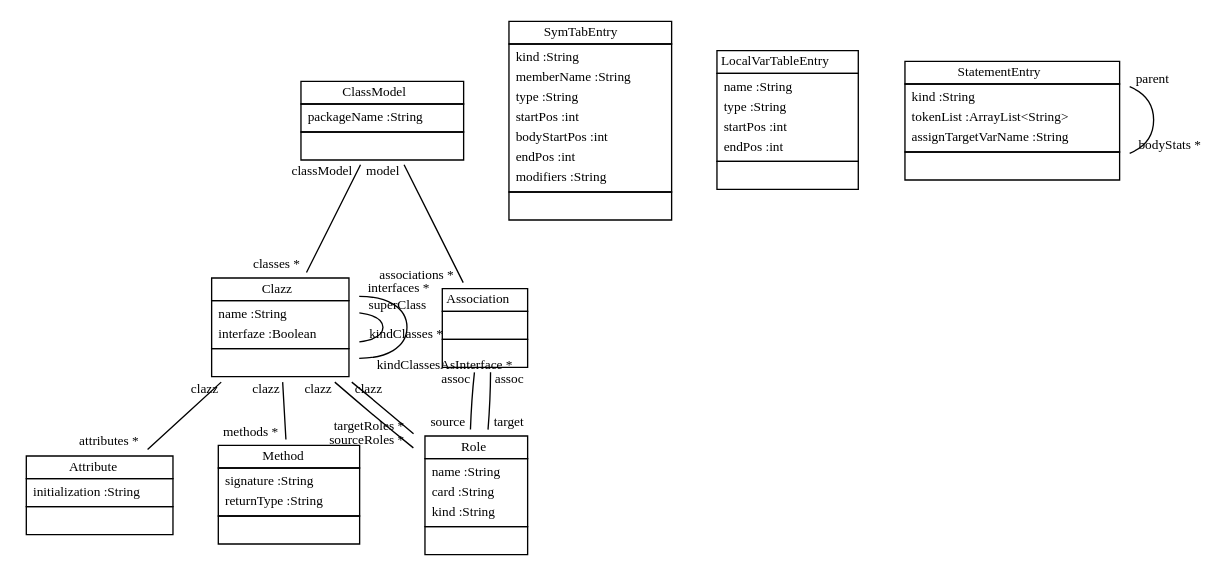
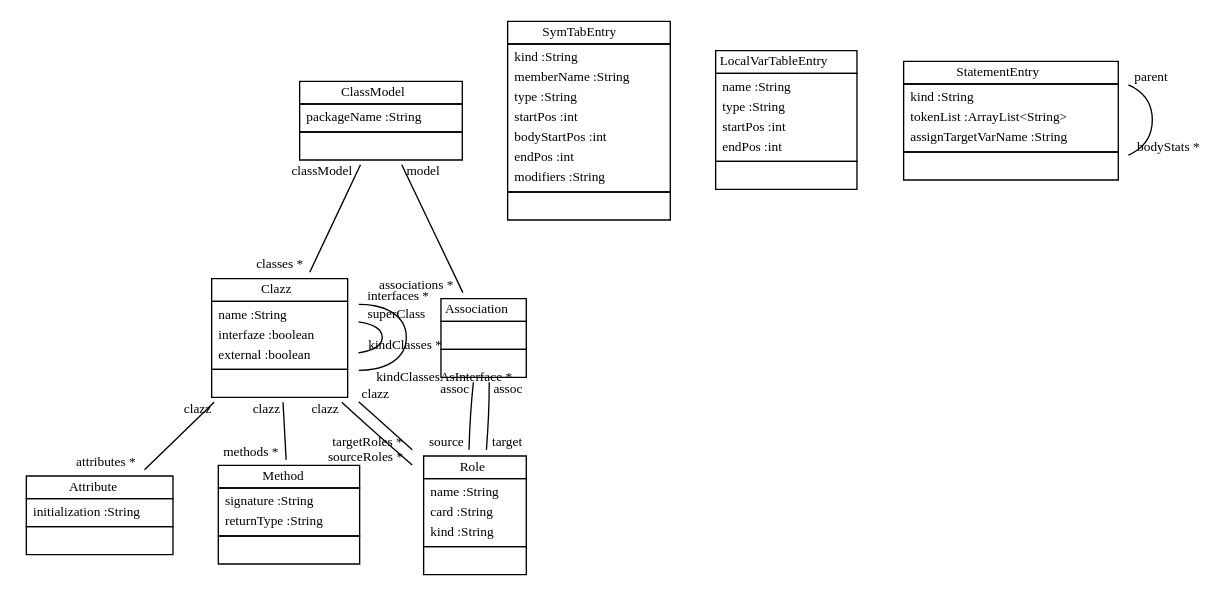
Before and after one commit to fujaba/SDMLib: the diagram in doc/ClassModelClasses01.dot, drawn with Graphviz. The commit also changed 41 other files, not shown here.

```diff
--- a/doc/ClassModelClasses01.dot
+++ b/doc/ClassModelClasses01.dot
@@ -1,30 +1,30 @@
 
  digraph ClassDiagram {
     node [shape = none, fontsize = 10]; 
     edge [fontsize = 10];
     
     
     _ClassModel [label=<<table border='0' cellborder='1' cellspacing='0'> <tr> <td>ClassModel</td> </tr> <tr><td><table border='0' cellborder='0' cellspacing='0'> <tr><td align='left'>packageName :String</td></tr>  </table></td></tr> <tr><td><table border='0' cellborder='0' cellspacing='0'> <tr><td> </td></tr> </table></td></tr> </table>>];
-    _Clazz [label=<<table border='0' cellborder='1' cellspacing='0'> <tr> <td>Clazz</td> </tr> <tr><td><table border='0' cellborder='0' cellspacing='0'> <tr><td align='left'>name :String</td></tr> <tr><td align='left'>interfaze :Boolean</td></tr>  </table></td></tr> <tr><td><table border='0' cellborder='0' cellspacing='0'> <tr><td> </td></tr> </table></td></tr> </table>>];
+    _Clazz [label=<<table border='0' cellborder='1' cellspacing='0'> <tr> <td>Clazz</td> </tr> <tr><td><table border='0' cellborder='0' cellspacing='0'> <tr><td align='left'>name :String</td></tr> <tr><td align='left'>interfaze :boolean</td></tr> <tr><td align='left'>external :boolean</td></tr>  </table></td></tr> <tr><td><table border='0' cellborder='0' cellspacing='0'> <tr><td> </td></tr> </table></td></tr> </table>>];
     _Attribute [label=<<table border='0' cellborder='1' cellspacing='0'> <tr> <td>Attribute</td> </tr> <tr><td><table border='0' cellborder='0' cellspacing='0'> <tr><td align='left'>initialization :String</td></tr>  </table></td></tr> <tr><td><table border='0' cellborder='0' cellspacing='0'> <tr><td> </td></tr> </table></td></tr> </table>>];
     _Method [label=<<table border='0' cellborder='1' cellspacing='0'> <tr> <td>Method</td> </tr> <tr><td><table border='0' cellborder='0' cellspacing='0'> <tr><td align='left'>signature :String</td></tr> <tr><td align='left'>returnType :String</td></tr>  </table></td></tr> <tr><td><table border='0' cellborder='0' cellspacing='0'> <tr><td> </td></tr> </table></td></tr> </table>>];
     _Association [label=<<table border='0' cellborder='1' cellspacing='0'> <tr> <td>Association</td> </tr> <tr><td><table border='0' cellborder='0' cellspacing='0'> <tr><td> </td></tr> </table></td></tr> <tr><td><table border='0' cellborder='0' cellspacing='0'> <tr><td> </td></tr> </table></td></tr> </table>>];
     _Role [label=<<table border='0' cellborder='1' cellspacing='0'> <tr> <td>Role</td> </tr> <tr><td><table border='0' cellborder='0' cellspacing='0'> <tr><td align='left'>name :String</td></tr> <tr><td align='left'>card :String</td></tr> <tr><td align='left'>kind :String</td></tr>  </table></td></tr> <tr><td><table border='0' cellborder='0' cellspacing='0'> <tr><td> </td></tr> </table></td></tr> </table>>];
     _SymTabEntry [label=<<table border='0' cellborder='1' cellspacing='0'> <tr> <td>SymTabEntry</td> </tr> <tr><td><table border='0' cellborder='0' cellspacing='0'> <tr><td align='left'>kind :String</td></tr> <tr><td align='left'>memberName :String</td></tr> <tr><td align='left'>type :String</td></tr> <tr><td align='left'>startPos :int</td></tr> <tr><td align='left'>bodyStartPos :int</td></tr> <tr><td align='left'>endPos :int</td></tr> <tr><td align='left'>modifiers :String</td></tr>  </table></td></tr> <tr><td><table border='0' cellborder='0' cellspacing='0'> <tr><td> </td></tr> </table></td></tr> </table>>];
     _LocalVarTableEntry [label=<<table border='0' cellborder='1' cellspacing='0'> <tr> <td>LocalVarTableEntry</td> </tr> <tr><td><table border='0' cellborder='0' cellspacing='0'> <tr><td align='left'>name :String</td></tr> <tr><td align='left'>type :String</td></tr> <tr><td align='left'>startPos :int</td></tr> <tr><td align='left'>endPos :int</td></tr>  </table></td></tr> <tr><td><table border='0' cellborder='0' cellspacing='0'> <tr><td> </td></tr> </table></td></tr> </table>>];
     _StatementEntry [label=<<table border='0' cellborder='1' cellspacing='0'> <tr> <td>StatementEntry</td> </tr> <tr><td><table border='0' cellborder='0' cellspacing='0'> <tr><td align='left'>kind :String</td></tr> <tr><td align='left'>tokenList :ArrayList&#60;String&#62;</td></tr> <tr><td align='left'>assignTargetVarName :String</td></tr>  </table></td></tr> <tr><td><table border='0' cellborder='0' cellspacing='0'> <tr><td> </td></tr> </table></td></tr> </table>>];
     
     
     
     _ClassModel -> _Clazz [headlabel = "classes *" taillabel = "classModel" arrowhead = "none" ];
     _Clazz -> _Clazz [headlabel = "kindClasses *" taillabel = "superClass" arrowhead = "none" ];
     _Clazz -> _Clazz [headlabel = "kindClassesAsInterface *" taillabel = "interfaces *" arrowhead = "none" ];
     _Clazz -> _Attribute [headlabel = "attributes *" taillabel = "clazz" arrowhead = "none" ];
     _Clazz -> _Method [headlabel = "methods *" taillabel = "clazz" arrowhead = "none" ];
     _ClassModel -> _Association [headlabel = "associations *" taillabel = "model" arrowhead = "none" ];
     _Clazz -> _Role [headlabel = "sourceRoles *" taillabel = "clazz" arrowhead = "none" ];
     _Clazz -> _Role [headlabel = "targetRoles *" taillabel = "clazz" arrowhead = "none" ];
     _Association -> _Role [headlabel = "source" taillabel = "assoc" arrowhead = "none" ];
     _Association -> _Role [headlabel = "target" taillabel = "assoc" arrowhead = "none" ];
     _StatementEntry -> _StatementEntry [headlabel = "bodyStats *" taillabel = "parent" arrowhead = "none" ];
 }
```
